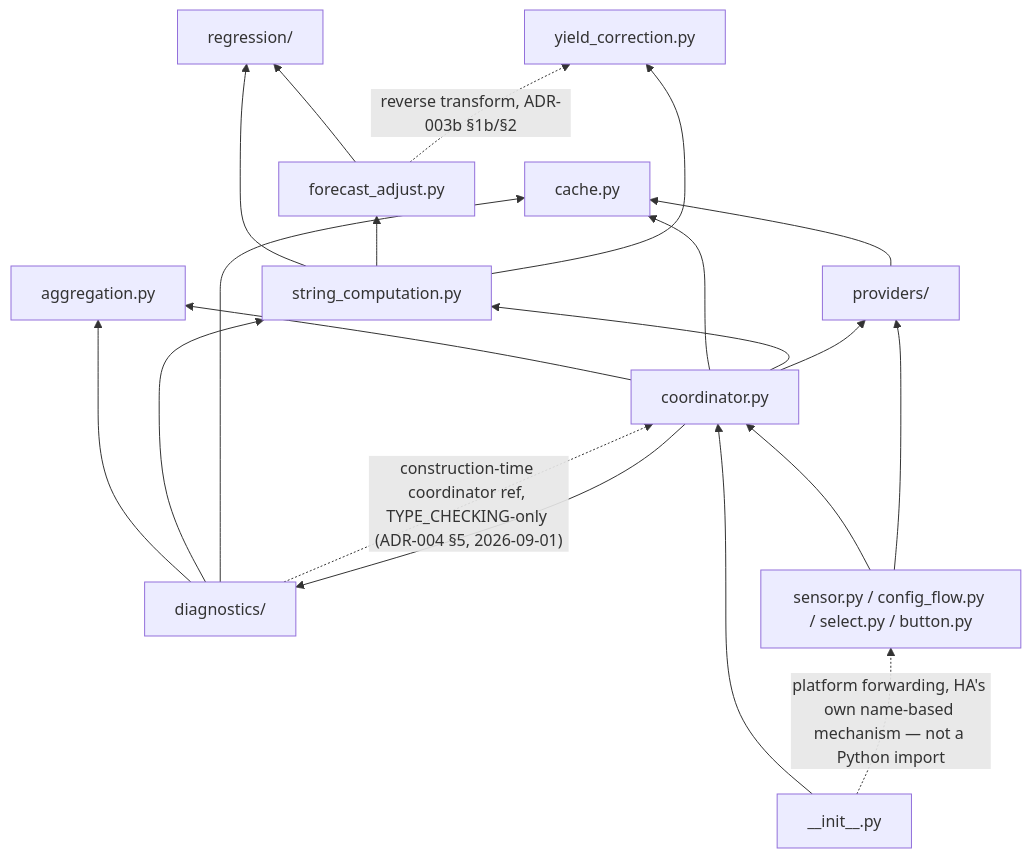
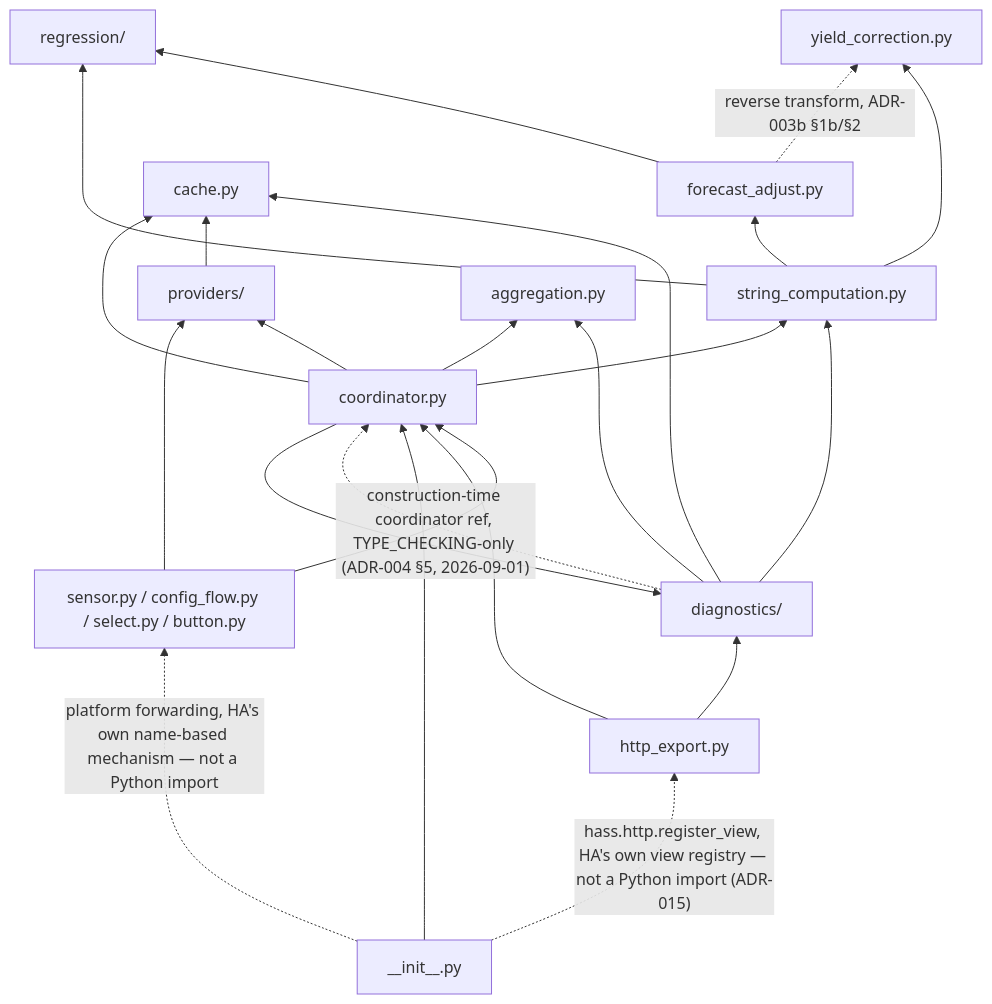
Before and after one commit to eschnepel/shady: the diagram in adr/000-coding-standards.md, drawn with Mermaid. The commit also changed other lines of this file and 6 other files, not shown here.

````diff
--- a/adr/000-coding-standards.md
+++ b/adr/000-coding-standards.md
@@ -154,34 +158,38 @@
 ```mermaid
 flowchart BT
     providers["providers/"]
     yield_correction["yield_correction.py"]
     regression["regression/"]
     forecast_adjust["forecast_adjust.py"]
     string_computation["string_computation.py"]
     aggregation["aggregation.py"]
     diagnostics["diagnostics/"]
     cache["cache.py"]
     coordinator["coordinator.py"]
     entity_glue["sensor.py / config_flow.py / select.py / button.py"]
+    http_export["http_export.py"]
     init["__init__.py"]
 
     forecast_adjust --> regression
     string_computation --> regression
     string_computation --> forecast_adjust
     string_computation --> yield_correction
     diagnostics --> aggregation
     diagnostics --> string_computation
     diagnostics --> cache
     providers --> cache
     coordinator --> aggregation
     coordinator --> cache
     coordinator --> string_computation
     coordinator --> diagnostics
     coordinator --> providers
     entity_glue --> coordinator
     entity_glue --> providers
+    http_export --> coordinator
+    http_export --> diagnostics
     init --> coordinator
     forecast_adjust -.->|"reverse transform, ADR-003b §1b/§2"| yield_correction
     diagnostics -.->|"construction-time coordinator ref, TYPE_CHECKING-only (ADR-004 §5, 2026-09-01)"| coordinator
     init -.->|"platform forwarding, HA's own name-based mechanism — not a Python import"| entity_glue
+    init -.->|"hass.http.register_view, HA's own view registry — not a Python import (ADR-015)"| http_export
 ```
````
